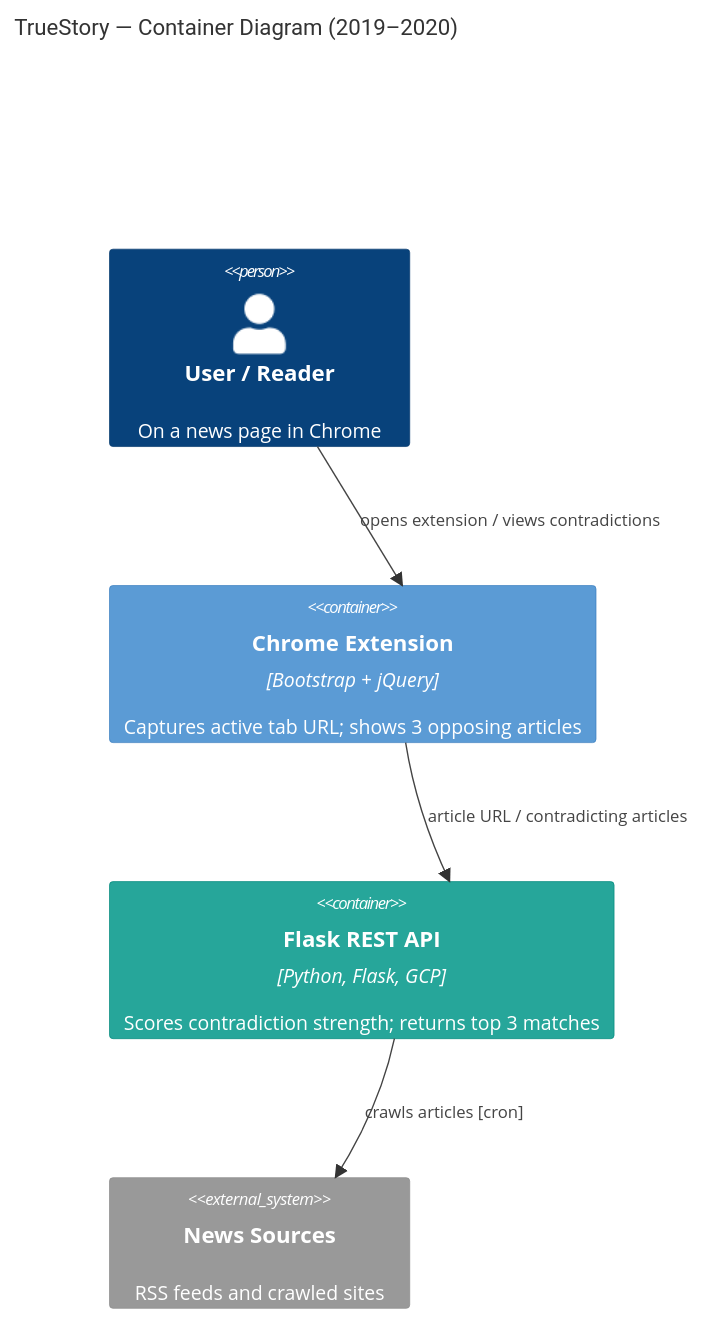
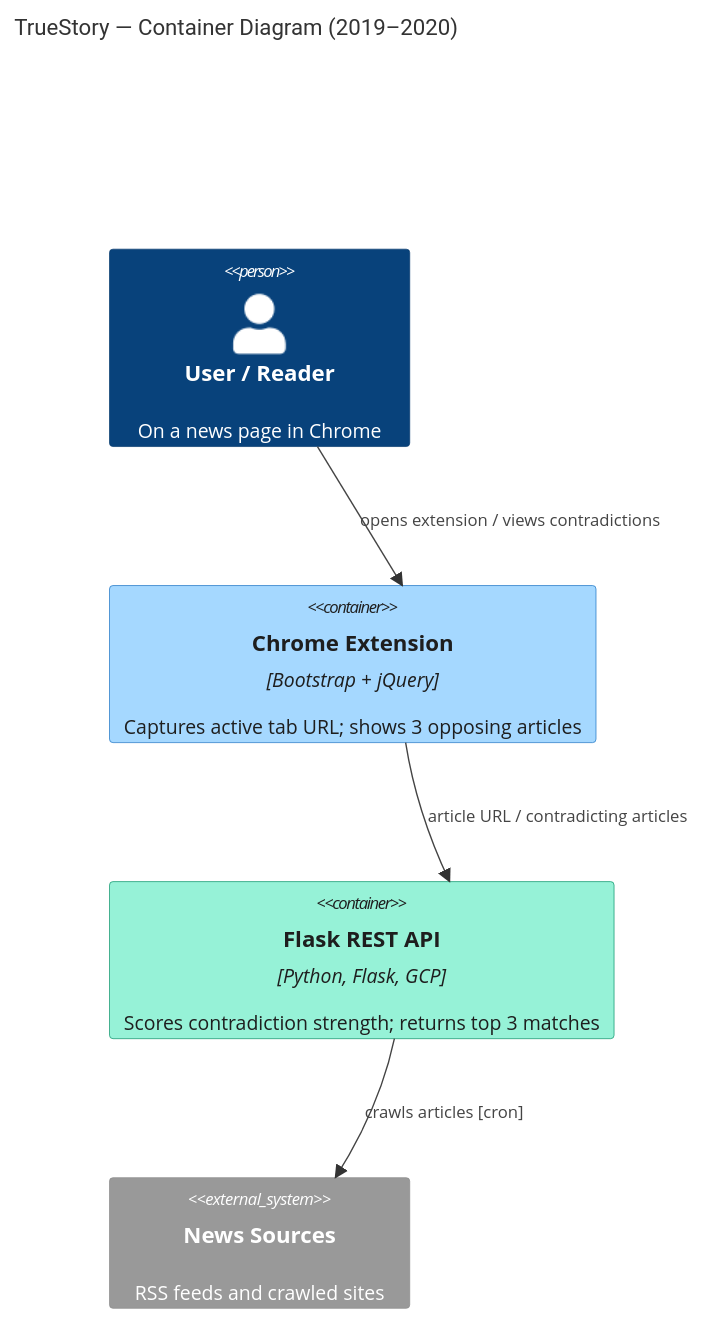
One commit to cmin764/portfolio changed the diagram in src/diagrams/truestory.md. Above: the diagram before and after it, drawn with Mermaid. The commit also changed 4 other files, not shown here.

First line of the commit message:
Unify Mermaid palette to pastel+dark; backpropagate brief corrections

````diff
--- a/src/diagrams/truestory.md
+++ b/src/diagrams/truestory.md
@@ -3,19 +3,19 @@
 ```mermaid
 C4Container
   title TrueStory — Container Diagram (2019–2020)
 
   Person(user, "User / Reader", "On a news page in Chrome")
   Container(ext, "Chrome Extension", "Bootstrap + jQuery", "Captures active tab URL; shows 3 opposing articles")
   Container(api, "Flask REST API", "Python, Flask, GCP", "Scores contradiction strength; returns top 3 matches")
   System_Ext(news, "News Sources", "RSS feeds and crawled sites")
 
   Rel(user, ext, "opens extension / views contradictions")
   Rel(ext, api, "article URL / contradicting articles")
   %% api→news: dashed line + filled arrowhead in export (cron dependency, not async queue)
   Rel(api, news, "crawls articles [cron]")
 
-  UpdateElementStyle(ext, $fontColor="#FFFFFF", $bgColor="#5B9BD5", $borderColor="#3C7FC0")
-  UpdateElementStyle(api, $fontColor="#FFFFFF", $bgColor="#26A69A", $borderColor="#00897B")
+  UpdateElementStyle(ext, $fontColor="#1e1e1e", $bgColor="#a5d8ff", $borderColor="#1971c2")
+  UpdateElementStyle(api, $fontColor="#1e1e1e", $bgColor="#96f2d7", $borderColor="#099268")
 
   UpdateLayoutConfig($c4ShapeInRow="2", $c4BoundaryInRow="1")
 ```
````
